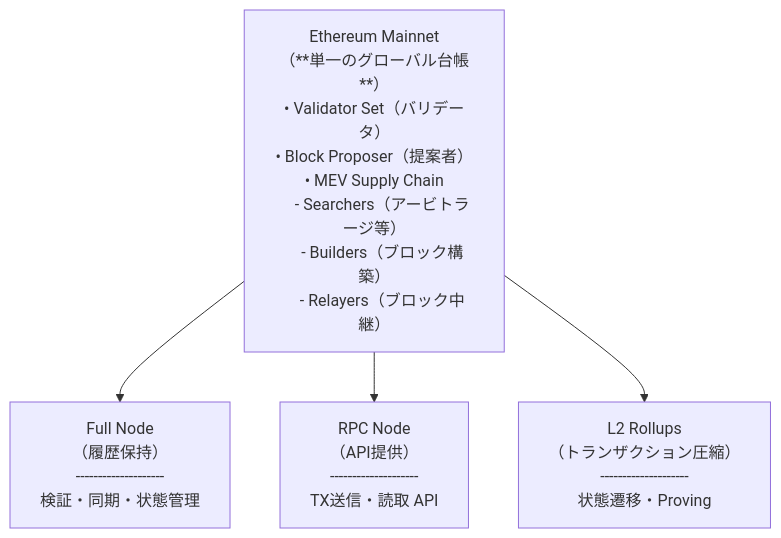
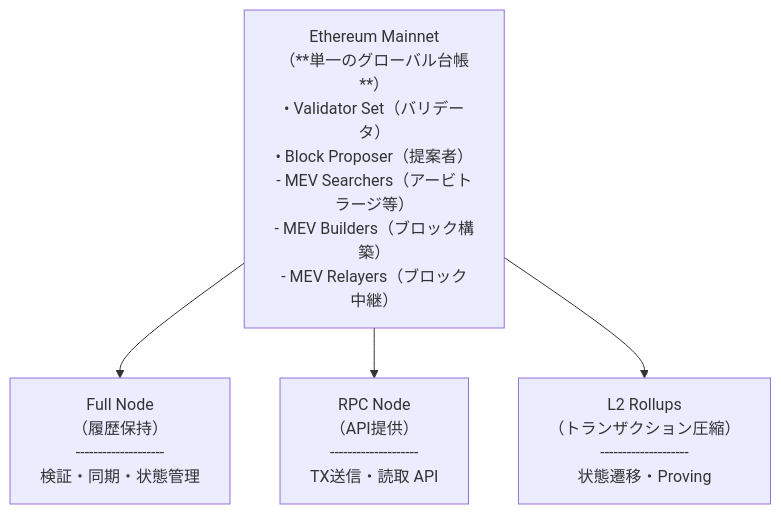
Before and after one commit to liray-unendlich/zenn-articles: the second of 7 diagrams in articles/canton-intro.md, drawn with Mermaid.

````diff
--- a/articles/canton-intro.md
+++ b/articles/canton-intro.md
@@ -204,8 +204,8 @@
 ```mermaid
 flowchart TD
-    EthMainnet["Ethereum Mainnet<br>（**単一のグローバル台帳**）<br>• Validator Set（バリデータ）<br>• Block Proposer（提案者）<br>• MEV Supply Chain<br>　- Searchers（アービトラージ等）<br>　- Builders（ブロック構築）<br>　- Relayers（ブロック中継）"]
+    EthMainnet["Ethereum Mainnet<br>（**単一のグローバル台帳**）<br>• Validator Set（バリデータ）<br>• Block Proposer（提案者）<br>- MEV Searchers（アービトラージ等）<br>- MEV Builders（ブロック構築）<br>- MEV Relayers（ブロック中継）"]
 
     EthMainnet --> FullNode["Full Node<br>（履歴保持）<br>--------------------<br>検証・同期・状態管理"]
     EthMainnet --> RPCNode["RPC Node<br>（API提供）<br>--------------------<br>TX送信・読取 API"]
     EthMainnet --> L2Rollups["L2 Rollups<br>（トランザクション圧縮）<br>--------------------<br>状態遷移・Proving"]
 ```
````
